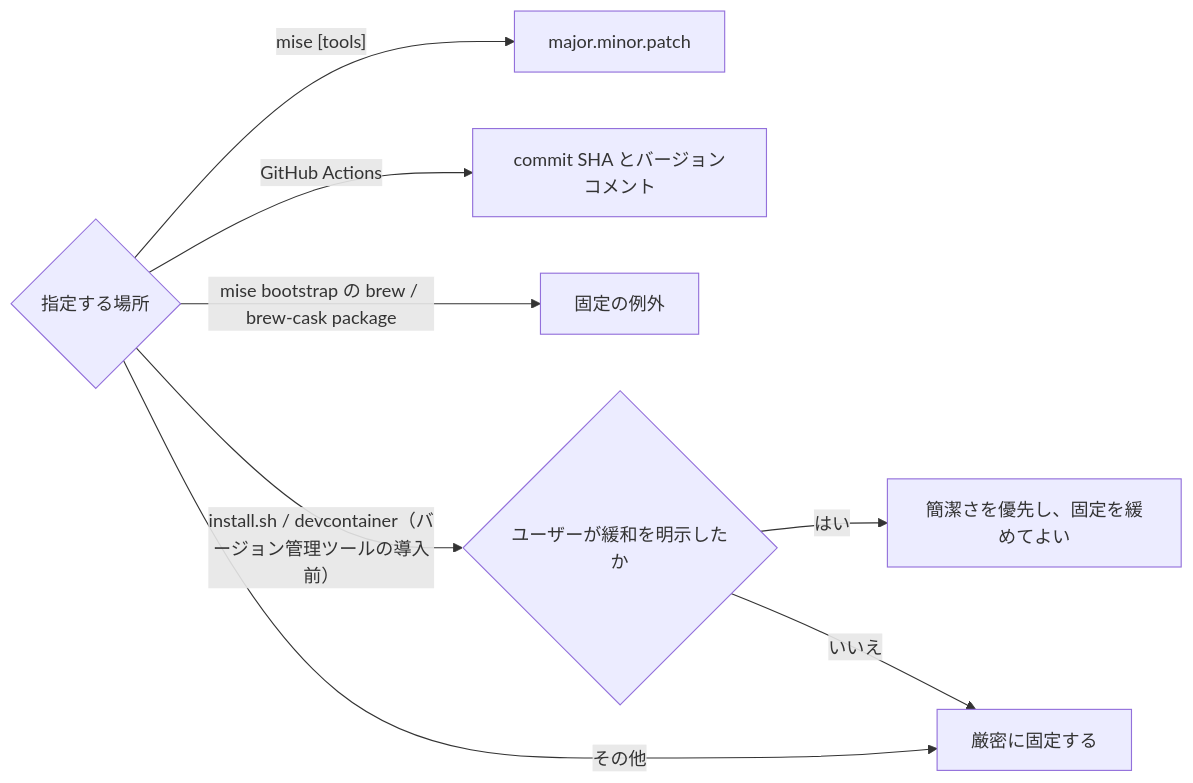
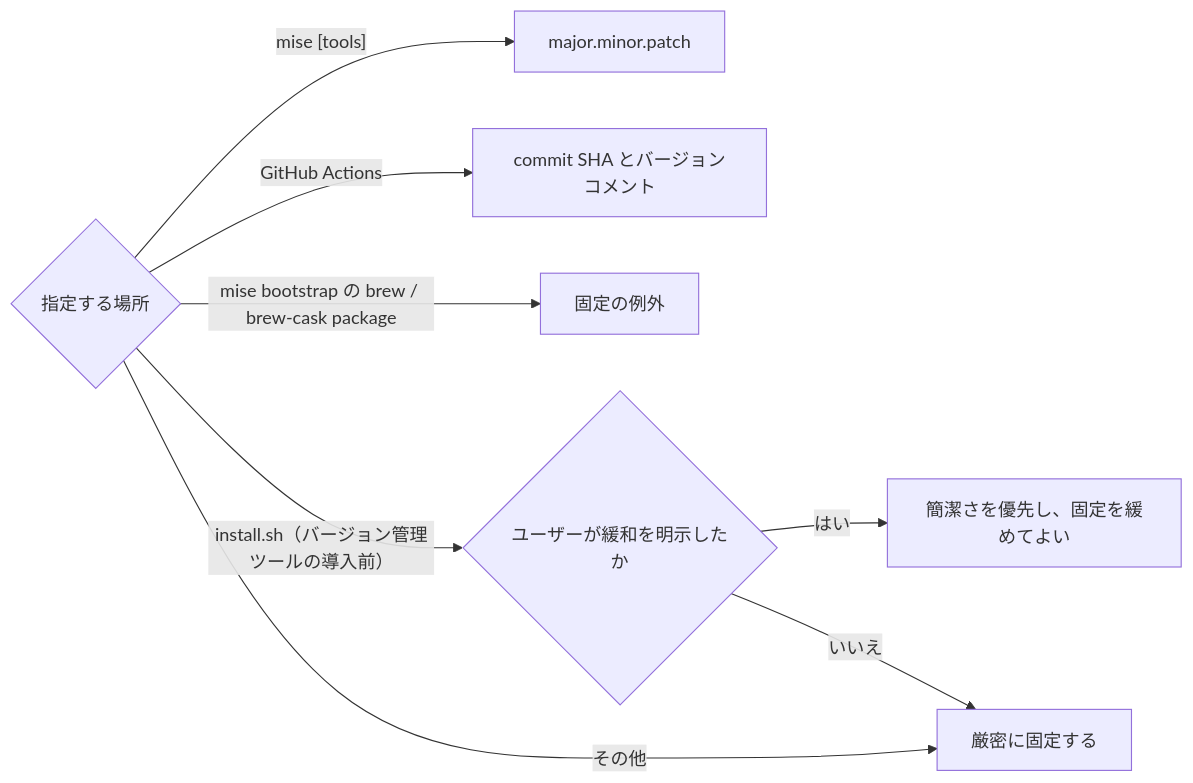
One commit to 9sako6/dotfiles changed the first of 2 diagrams in AGENTS.md. Above: the diagram before and after it, drawn with Mermaid. The commit also changed 4 other files, not shown here.

````diff
--- a/AGENTS.md
+++ b/AGENTS.md
@@ -14,11 +14,11 @@
 ```mermaid
 flowchart LR
     target{"指定する場所"}
     target -->|"mise [tools]"| mise["major.minor.patch"]
     target -->|"GitHub Actions"| actions["commit SHA とバージョンコメント"]
     target -->|"mise bootstrap の brew / brew-cask package"| brew["固定の例外"]
-    target -->|"install.sh / devcontainer（バージョン管理ツールの導入前）"| permission{"ユーザーが緩和を明示したか"}
+    target -->|"install.sh（バージョン管理ツールの導入前）"| permission{"ユーザーが緩和を明示したか"}
     target -->|"その他"| exact["厳密に固定する"]
     permission -->|"はい"| simple["簡潔さを優先し、固定を緩めてよい"]
     permission -->|"いいえ"| exact
 ```
````
